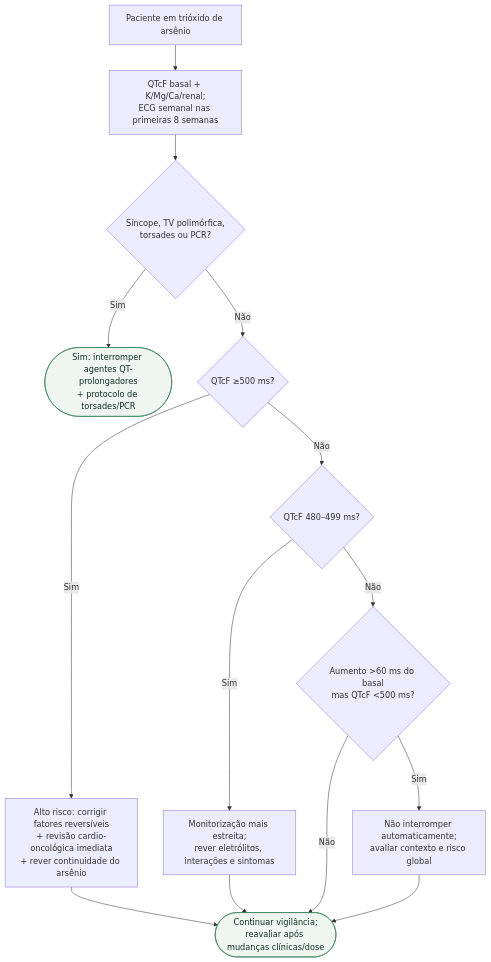
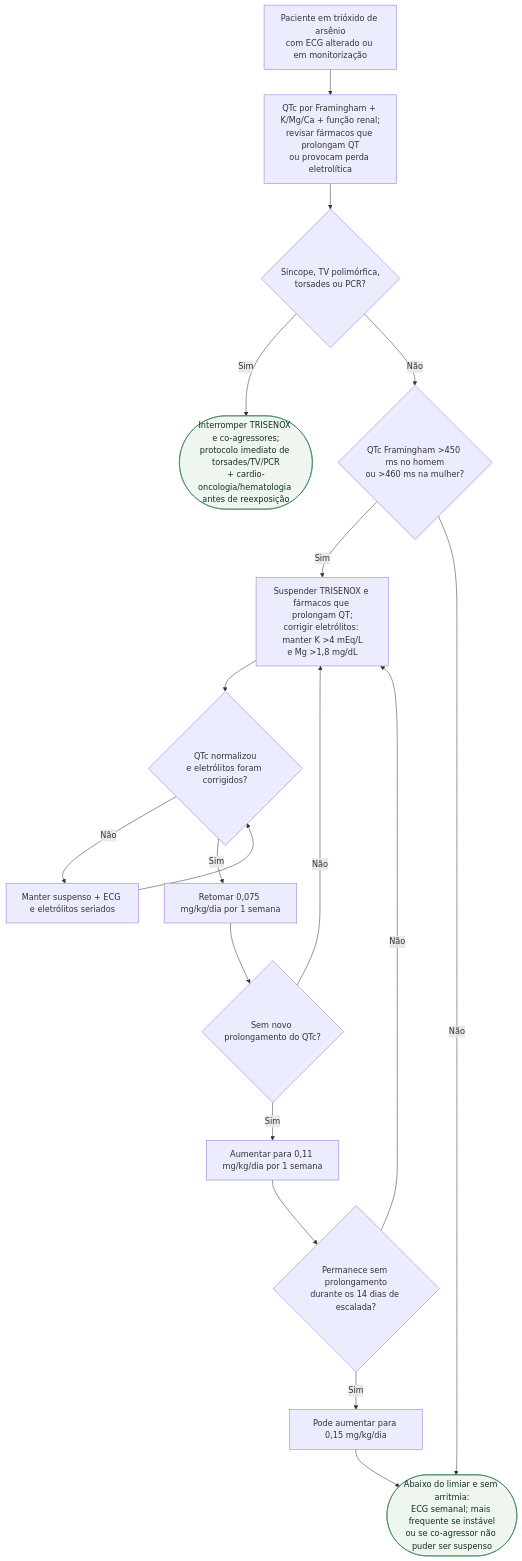
The diagram in content/Cardio-oncologia/fluxograma-prolongamento-de-qt-e-torsades-por-trioxido-de-arsenio.md (rafaelpaesmeirelles/MeuCardio), drawn with Mermaid before and after one commit. The commit also changed other lines of this file and 26 other files, not shown here.

Commit message:
content: nono lote noturno com auditoria clínica de alto risco

````diff
--- a/content/Cardio-oncologia/fluxograma-prolongamento-de-qt-e-torsades-por-trioxido-de-arsenio.md
+++ b/content/Cardio-oncologia/fluxograma-prolongamento-de-qt-e-torsades-por-trioxido-de-arsenio.md
@@ -13,31 +14,38 @@
 ```mermaid
 flowchart TD
-  R0["Paciente em trióxido de arsênio"]
-  P1["QTcF basal + K/Mg/Ca/renal;<br/>ECG semanal nas primeiras 8 semanas"]
+  R0["Paciente em trióxido de arsênio<br/>com ECG alterado ou em monitorização"]
+  P1["QTc por Framingham + K/Mg/Ca + função renal;<br/>revisar fármacos que prolongam QT<br/>ou provocam perda eletrolítica"]
   D1{"Síncope, TV polimórfica,<br/>torsades ou PCR?"}
-  C1(["Sim: interromper agentes QT-prolongadores<br/>+ protocolo de torsades/PCR"])
-  D2{"QTcF ≥500 ms?"}
-  P2["Alto risco: corrigir fatores reversíveis<br/>+ revisão cardio-oncológica imediata<br/>+ rever continuidade do arsênio"]
-  D3{"QTcF 480–499 ms?"}
-  P3["Monitorização mais estreita;<br/>rever eletrólitos, interações e sintomas"]
-  D4{"Aumento >60 ms do basal<br/>mas QTcF <500 ms?"}
-  P4["Não interromper automaticamente;<br/>avaliar contexto e risco global"]
-  C2(["Continuar vigilância;<br/>reavaliar após mudanças clínicas/dose"])
+  C1(["Interromper TRISENOX e co-agressores;<br/>protocolo imediato de torsades/TV/PCR<br/>+ cardio-oncologia/hematologia antes de reexposição"])
+  D2{"QTc Framingham >450 ms no homem<br/>ou >460 ms na mulher?"}
+  P2["Suspender TRISENOX e fármacos que prolongam QT;<br/>corrigir eletrólitos: manter K >4 mEq/L<br/>e Mg >1,8 mg/dL"]
+  D3{"QTc normalizou<br/>e eletrólitos foram corrigidos?"}
+  P3["Manter suspenso + ECG e eletrólitos seriados"]
+  P4["Retomar 0,075 mg/kg/dia por 1 semana"]
+  D4{"Sem novo prolongamento do QTc?"}
+  P5["Aumentar para 0,11 mg/kg/dia por 1 semana"]
+  D5{"Permanece sem prolongamento<br/>durante os 14 dias de escalada?"}
+  P6["Pode aumentar para 0,15 mg/kg/dia"]
+  C2(["Abaixo do limiar e sem arritmia:<br/>ECG semanal; mais frequente se instável<br/>ou se co-agressor não puder ser suspenso"])
 
   R0 --> P1
   P1 --> D1
   D1 -->|"Sim"| C1
   D1 -->|"Não"| D2
   D2 -->|"Sim"| P2
-  D2 -->|"Não"| D3
-  P2 --> C2
-  D3 -->|"Sim"| P3
-  D3 -->|"Não"| D4
-  P3 --> C2
-  D4 -->|"Sim"| P4
-  D4 -->|"Não"| C2
-  P4 --> C2
+  D2 -->|"Não"| C2
+  P2 --> D3
+  D3 -->|"Não"| P3
+  P3 --> D3
+  D3 -->|"Sim"| P4
+  P4 --> D4
+  D4 -->|"Não"| P2
+  D4 -->|"Sim"| P5
+  P5 --> D5
+  D5 -->|"Não"| P2
+  D5 -->|"Sim"| P6
+  P6 --> C2
 
   classDef conduta fill:#eef6ef,stroke:#2f7a4f,color:#12301f;
   class C1,C2 conduta;
 ```
````
